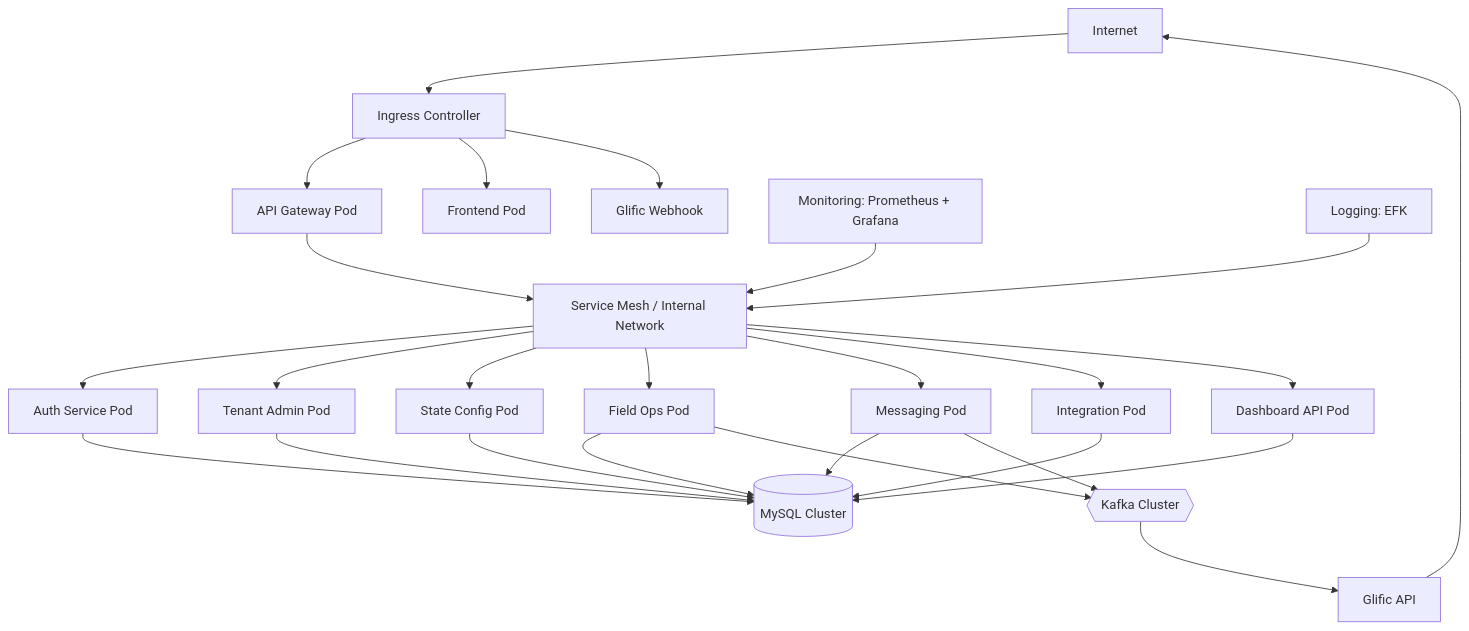
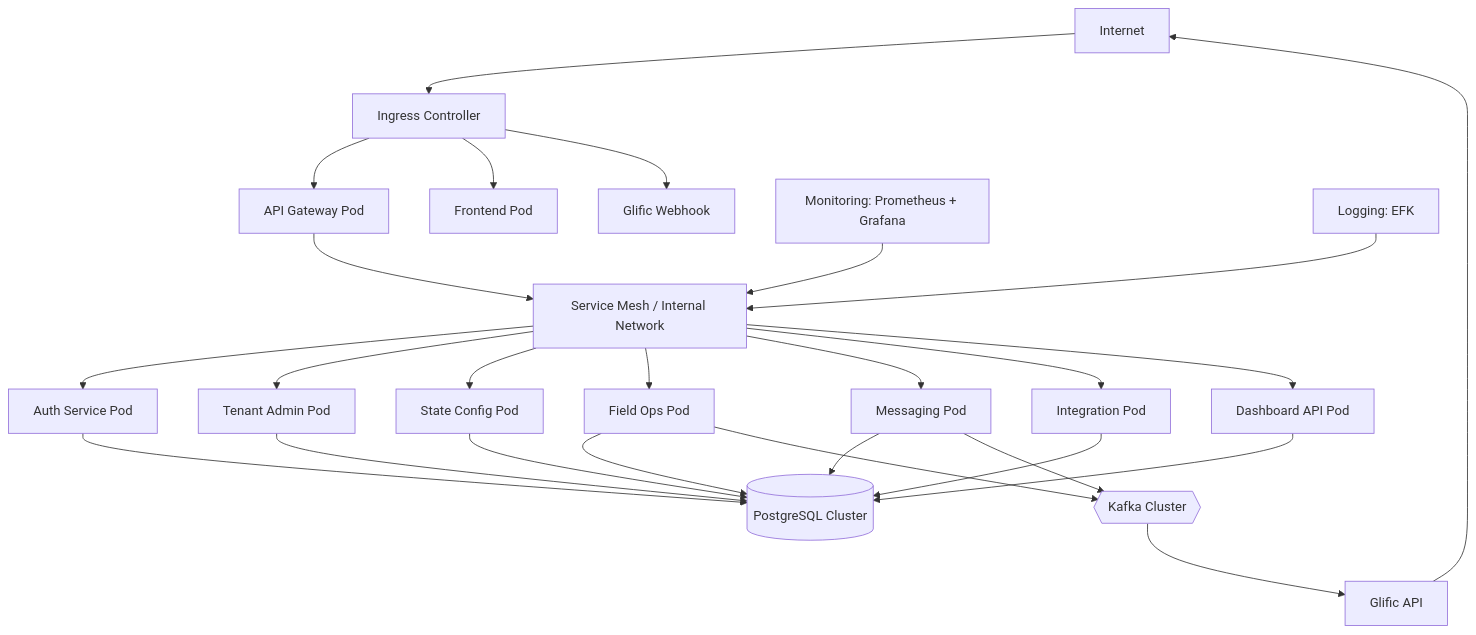
One commit to arghyam/JalSoochakV2 changed the diagram in docs/gitbook/deployment-architecture.md. Above: the diagram before and after it, drawn with Mermaid. The commit also changed other lines of this file and 7 other files, not shown here.

````diff
--- a/docs/gitbook/deployment-architecture.md
+++ b/docs/gitbook/deployment-architecture.md
@@ -36,28 +36,28 @@
 ```mermaid
 graph TD
     A[Internet] --> B[Ingress Controller]
     B --> C[API Gateway Pod]
     B --> D[Frontend Pod]
     B --> E[Glific Webhook]
     C --> F[Service Mesh / Internal Network]
     F --> G[Auth Service Pod]
     F --> H[Tenant Admin Pod]
     F --> I[State Config Pod]
     F --> J[Field Ops Pod]
     F --> K[Messaging Pod]
     F --> L[Integration Pod]
     F --> M[Dashboard API Pod]
-    G --> N[(MySQL Cluster)]
+    G --> N[(PostgreSQL Cluster)]
     H --> N
     I --> N
     J --> N
     K --> N
     L --> N
     M --> N
     K --> O{{"Kafka Cluster"}}
     J --> O
     O --> P[Glific API]
     P --> A
     Q[Monitoring: Prometheus + Grafana] --> F
     R[Logging: EFK] --> F
 ```
````
